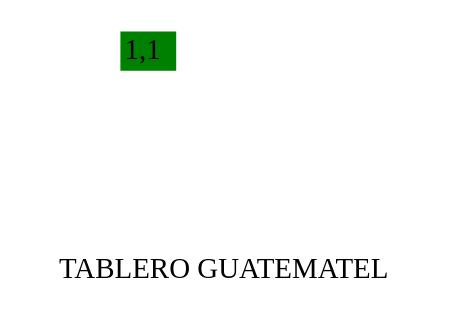
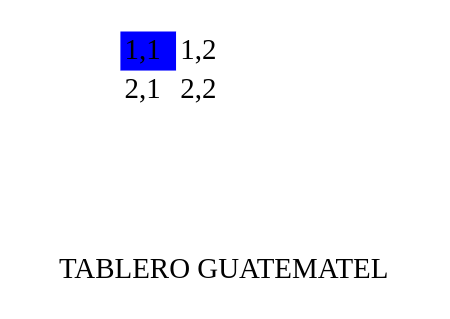
One commit to PabloR03/IPC2_Practica1_202201947 changed the diagram in aa.dot. Above: the diagram before and after it, drawn with Graphviz. The commit also changed 2 other files, not shown here.

```diff
--- a/aa.dot
+++ b/aa.dot
@@ -1,12 +1,17 @@
 digraph G {
  node [shape=plaintext];
 label="TABLERO GUATEMATEL";
 some_node [
 label=<
 <table border="0" cellborder="0" cellspacing="0" width="100%" height="100%">
 <tr>
-<td bgcolor="Green" width="1" height="1">1,1</td>
+<td bgcolor="Blue" width="1" height="1">1,1</td>
+<td bgcolor="White" width="1" height="1">1,2</td>
+</tr>
+<tr>
+<td bgcolor="White" width="1" height="1">2,1</td>
+<td bgcolor="White" width="1" height="1">2,2</td>
 </tr>
 </table>>
 ];
 }
```
